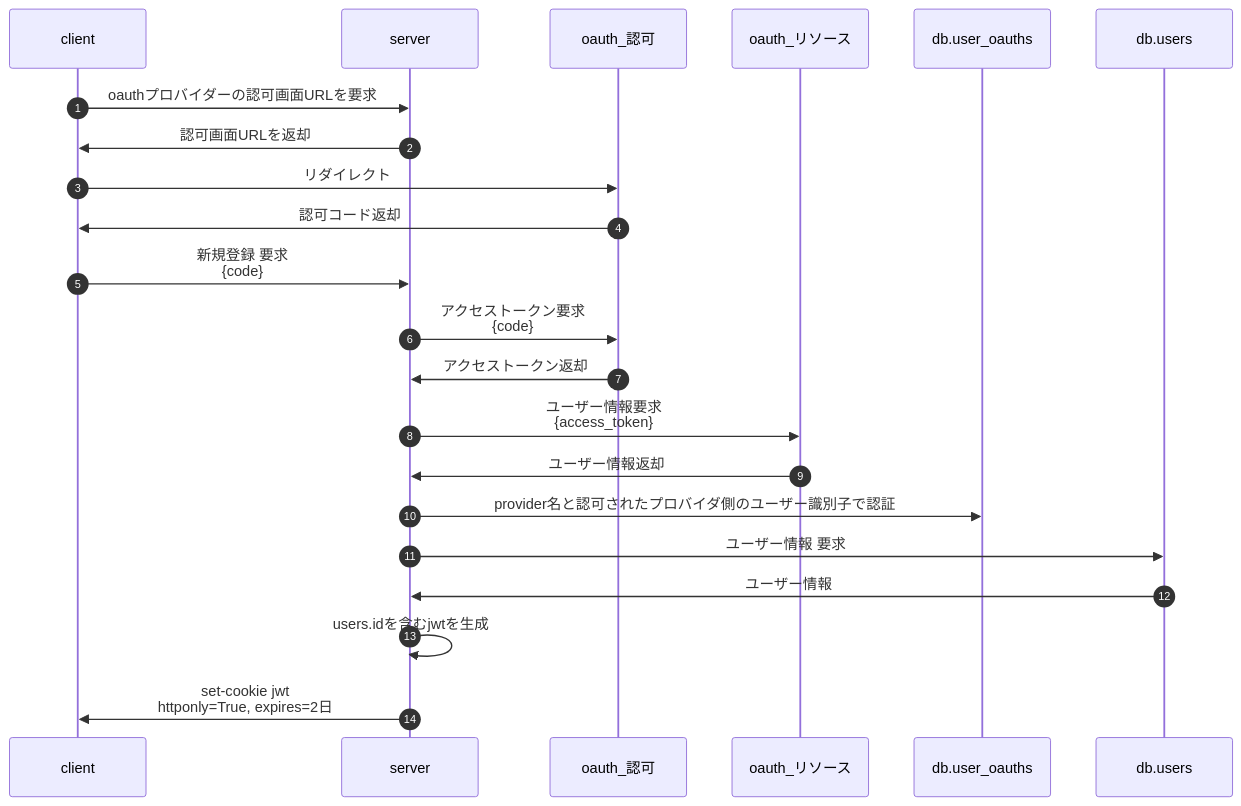
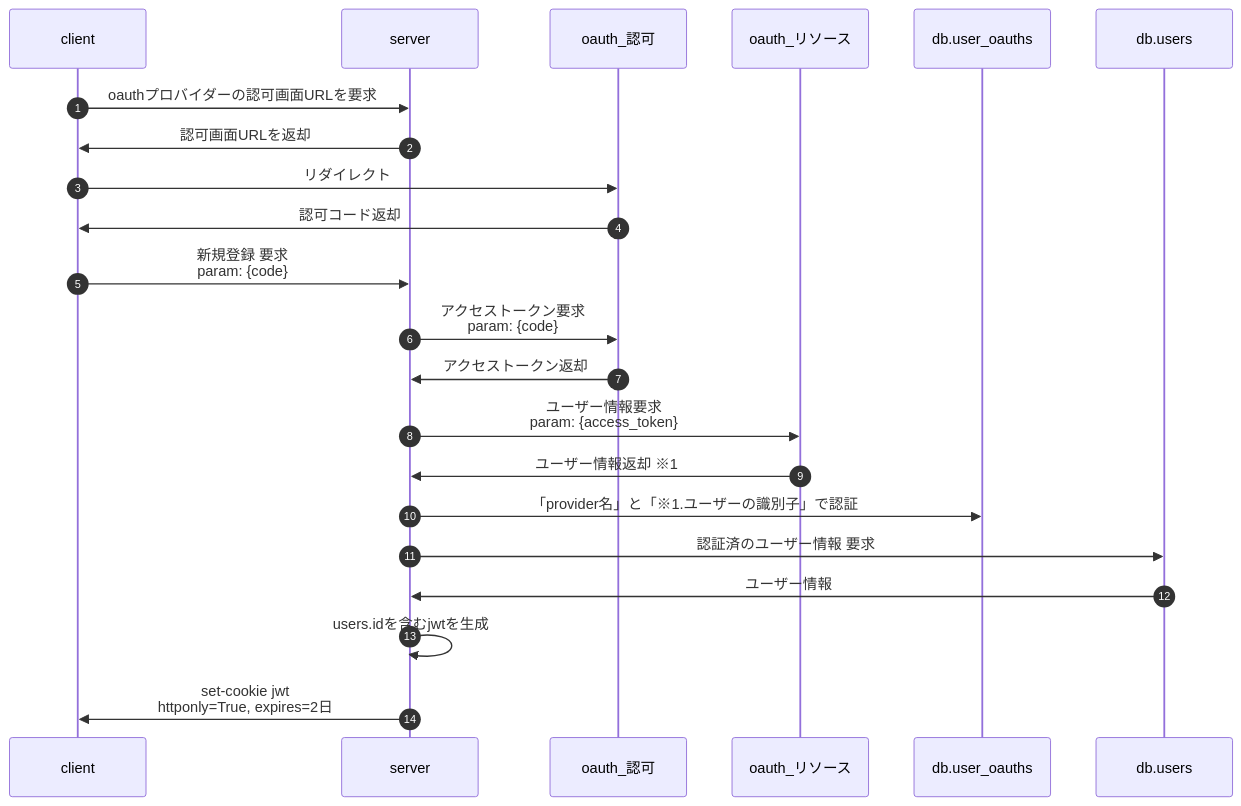
Before and after one commit to ritogk/zenn-contents: the fourth of 5 diagrams in articles/e42264fd408e78.md, drawn with Mermaid. The commit also changed other lines of this file, not shown here.

````diff
--- a/articles/e42264fd408e78.md
+++ b/articles/e42264fd408e78.md
@@ -88,18 +94,18 @@
 ```mermaid
 sequenceDiagram
 	autonumber
 	client->>server: oauthプロバイダーの認可画面URLを要求
     server->>client: 認可画面URLを返却
     client->>oauth_認可: リダイレクト
     oauth_認可->>client: 認可コード返却
-    client->>server: 新規登録 要求<br>{code}
-    server->>oauth_認可: アクセストークン要求<br>{code}
+    client->>server: 新規登録 要求<br>param: {code}
+    server->>oauth_認可: アクセストークン要求<br>param: {code}
     oauth_認可->>server: アクセストークン返却
-    server->>oauth_リソース: ユーザー情報要求<br>{access_token}
-    oauth_リソース->>server: ユーザー情報返却
-    server->>db.user_oauths: provider名と認可されたプロバイダ側のユーザー識別子で認証
-    server->>db.users: ユーザー情報 要求
+    server->>oauth_リソース: ユーザー情報要求<br>param: {access_token}
+    oauth_リソース->>server: ユーザー情報返却 ※1
+    server->>db.user_oauths: 「provider名」と「※1.ユーザーの識別子」で認証
+    server->>db.users: 認証済のユーザー情報 要求
     db.users->>server: ユーザー情報
     server->>server: users.idを含むjwtを生成
     server->>client: set-cookie jwt<br>httponly=True, expires=2日
 ```
````
